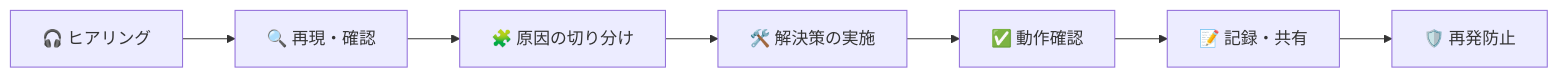
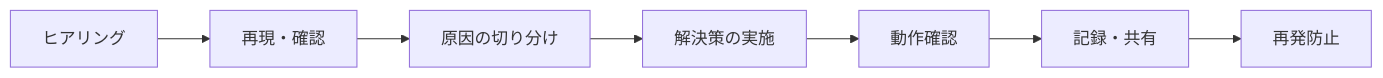
One commit to Layoverv/Layoverv changed the first of 2 diagrams in README.md. Above: the diagram before and after it, drawn with Mermaid. The commit also changed other lines of this file and 14 other files, not shown here.

````diff
--- a/README.md
+++ b/README.md
@@ -413,9 +401,9 @@
 ```mermaid
 flowchart LR
-    A[🎧 ヒアリング] --> B[🔍 再現・確認]
-    B --> C[🧩 原因の切り分け]
-    C --> D[🛠️ 解決策の実施]
-    D --> E[✅ 動作確認]
-    E --> F[📝 記録・共有]
-    F --> G[🛡️ 再発防止]
+    A[ヒアリング] --> B[再現・確認]
+    B --> C[原因の切り分け]
+    C --> D[解決策の実施]
+    D --> E[動作確認]
+    E --> F[記録・共有]
+    F --> G[再発防止]
 ```
````
